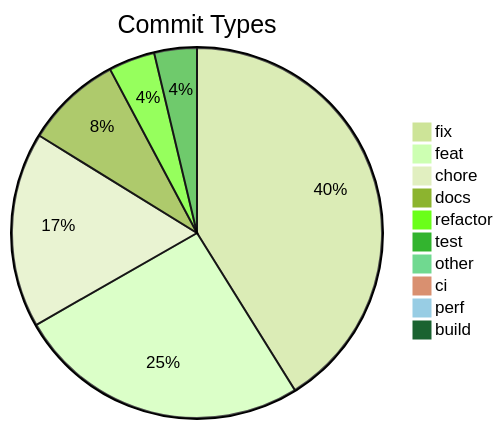
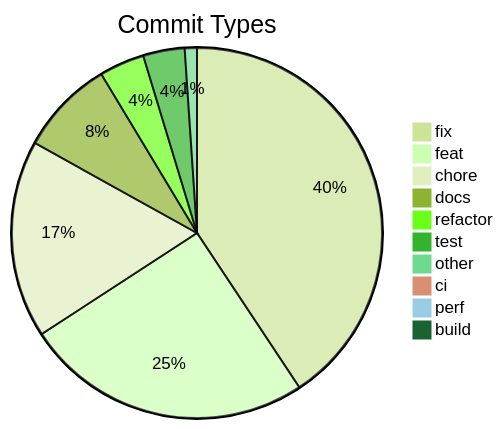
Before and after one commit to svenroth-ai/shipwright-webui: the diagram in .shipwright/compliance/change-history.md, drawn with Mermaid (forest theme). The commit also changed other lines of this file and 16 other files, not shown here.

````diff
--- a/.shipwright/compliance/change-history.md
+++ b/.shipwright/compliance/change-history.md
@@ -10,13 +10,13 @@
 ```mermaid
 pie title Commit Types
-    "fix" : 376
-    "feat" : 234
-    "chore" : 156
-    "docs" : 77
+    "fix" : 382
+    "feat" : 236
+    "chore" : 162
+    "docs" : 78
     "refactor" : 37
     "test" : 34
-    "other" : 9
+    "other" : 10
     "ci" : 8
     "perf" : 5
     "build" : 1
 ```
````
